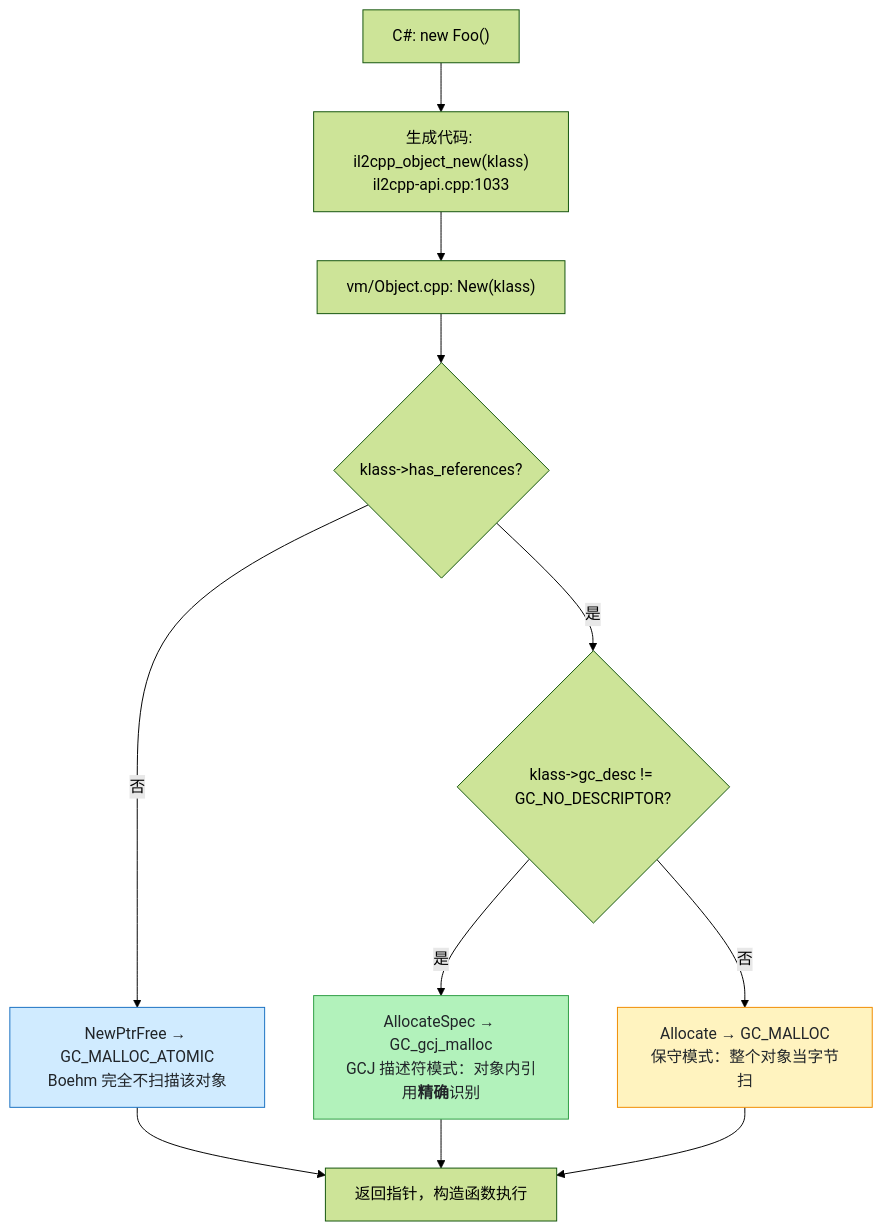
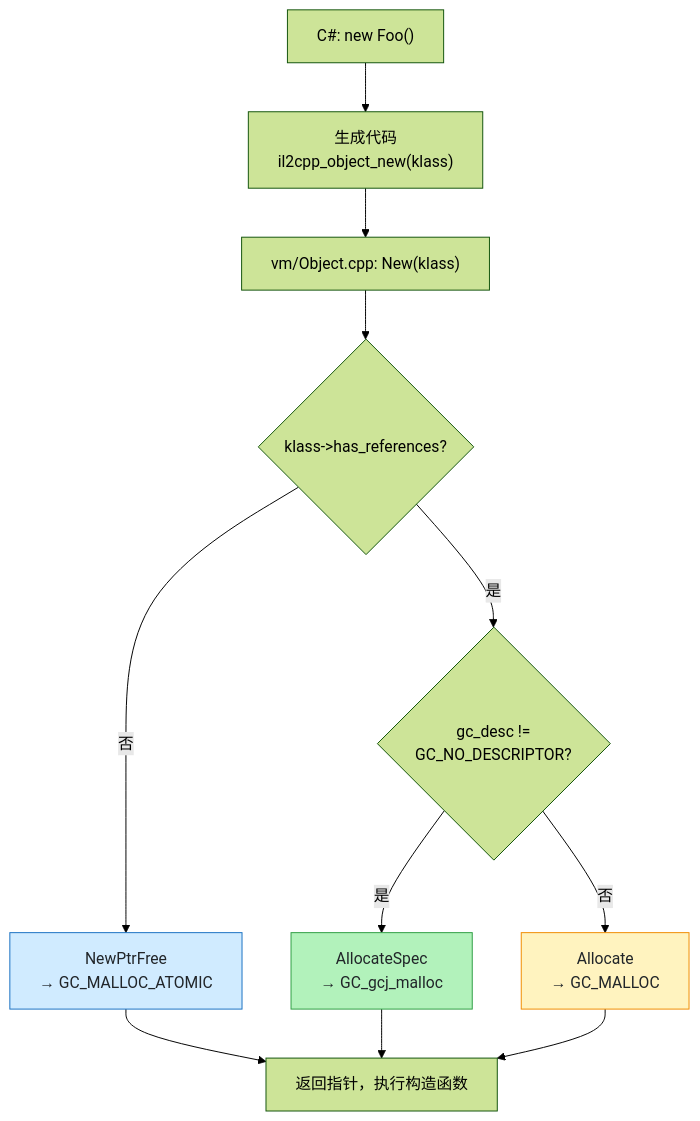
Before and after one commit to fankidark/tech-site: the second of 3 diagrams in docs/unity-memory/managed-heap-gc.md, drawn with Mermaid (forest theme). The commit also changed other lines of this file and 13 other files, not shown here.

First line of the commit message:
fix(diagram): 修复流程图节点内容显示不全 —— 宽度从最差 0.18 缩放到 0.72

````diff
--- a/docs/unity-memory/managed-heap-gc.md
+++ b/docs/unity-memory/managed-heap-gc.md
@@ -240,14 +240,16 @@
 ```mermaid
 flowchart TB
-    A["C#: new Foo()"] --> B["生成代码: il2cpp_object_new(klass)<br/>il2cpp-api.cpp:1033"]
+    A["C#: new Foo()"] --> B["生成代码<br/>il2cpp_object_new(klass)"]
     B --> C["vm/Object.cpp: New(klass)"]
     C --> D{"klass->has_references?"}
-    D -->|"否"| E["NewPtrFree → GC_MALLOC_ATOMIC<br/>Boehm 完全不扫描该对象"]
-    D -->|"是"| F{"klass->gc_desc != GC_NO_DESCRIPTOR?"}
-    F -->|"是"| G["AllocateSpec → GC_gcj_malloc<br/>GCJ 描述符模式：对象内引用<b>精确</b>识别"]
-    F -->|"否"| H["Allocate → GC_MALLOC<br/>保守模式：整个对象当字节扫"]
-    E & G & H --> I["返回指针，构造函数执行"]
+    D -->|"否"| E["NewPtrFree<br/>→ GC_MALLOC_ATOMIC"]
+    D -->|"是"| F{"gc_desc !=<br/>GC_NO_DESCRIPTOR?"}
+    F -->|"是"| G["AllocateSpec<br/>→ GC_gcj_malloc"]
+    F -->|"否"| H["Allocate<br/>→ GC_MALLOC"]
+    E --> I["返回指针，执行构造函数"]
+    G --> I
+    H --> I
     style E fill:#d0ebff,stroke:#1971c2,color:#212529
     style G fill:#b2f2bb,stroke:#2f9e44,color:#212529
     style H fill:#fff3bf,stroke:#f08c00,color:#212529
 ```
````
